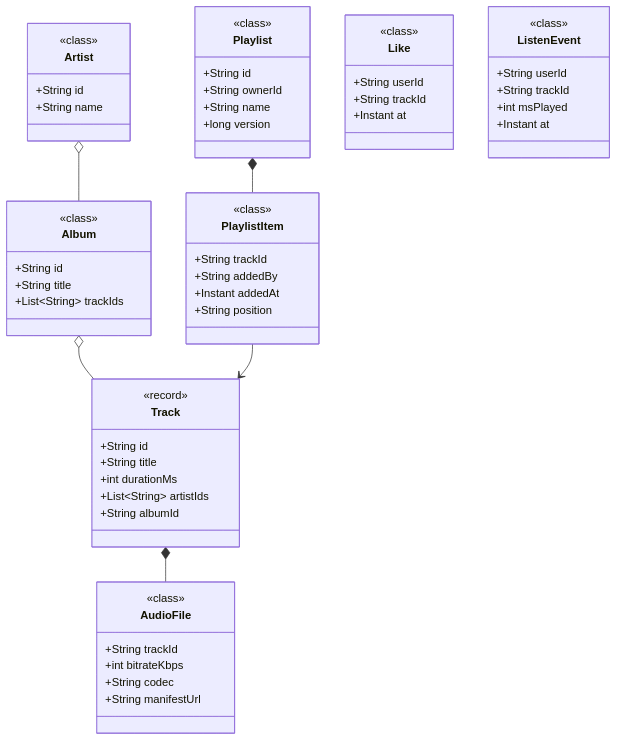
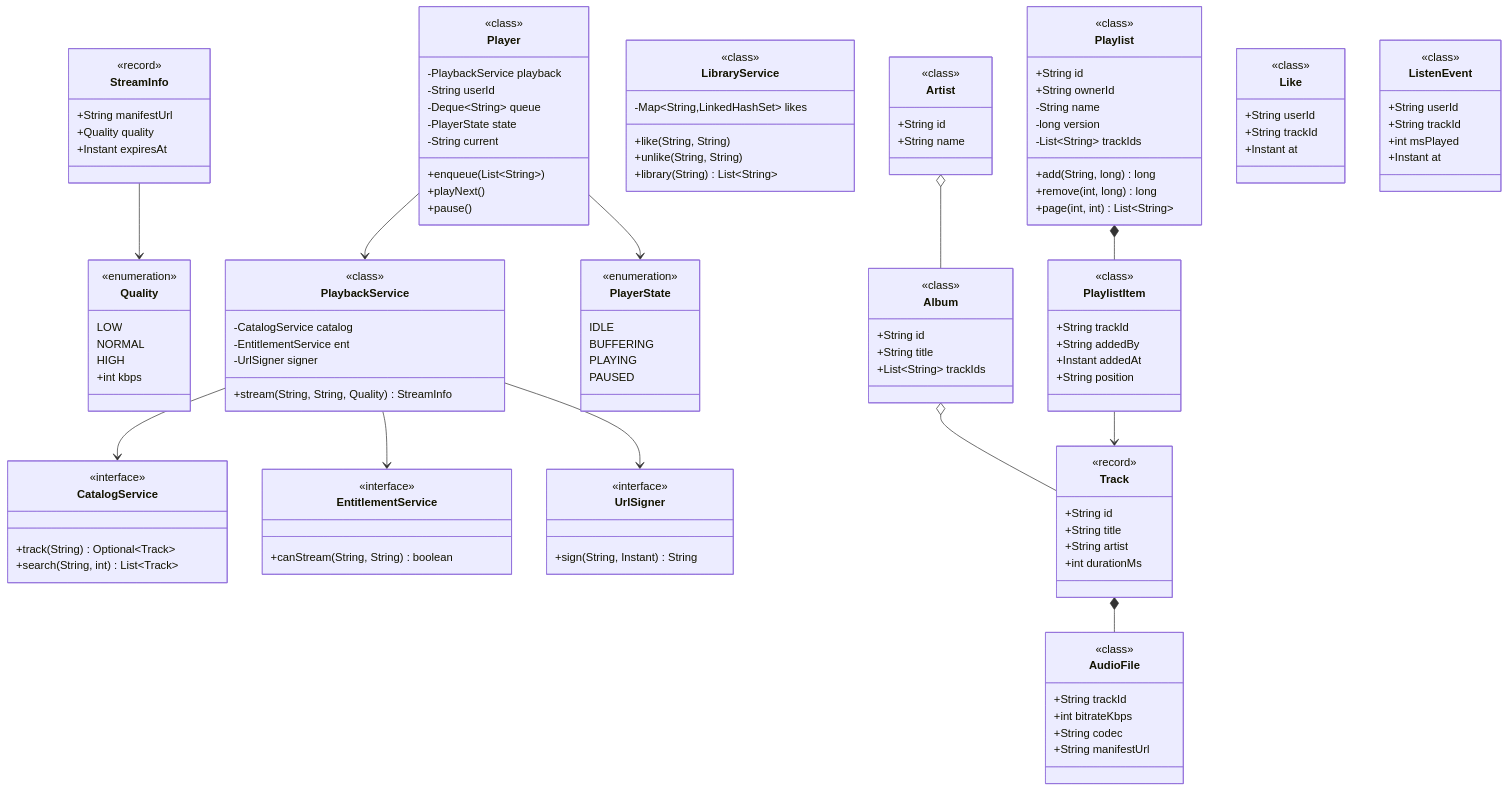
One commit to amarkum/amarkumar.guru changed the first of 2 diagrams in system-design/lld/13-music-streaming.md. Above: the diagram before and after it, drawn with Mermaid. The commit also changed 27 other files, not shown here.

Commit message:
Rebuild every UML class diagram from its Java code, add a notes progress tracker, and make diagrams readable with zoom and a legend.

````diff
--- a/system-design/lld/13-music-streaming.md
+++ b/system-design/lld/13-music-streaming.md
@@ -41,38 +41,98 @@
 ```mermaid
 classDiagram
+    class PlayerState {
+      <<enumeration>>
+      IDLE
+      BUFFERING
+      PLAYING
+      PAUSED
+    }
+    class Quality {
+      <<enumeration>>
+      LOW
+      NORMAL
+      HIGH
+      +int kbps
+    }
     class Track {
+      <<record>>
       +String id
       +String title
+      +String artist
       +int durationMs
-      +List~String~ artistIds
-      +String albumId
     }
-    class AudioFile {
-      +String trackId
-      +int bitrateKbps
-      +String codec
+    class StreamInfo {
+      <<record>>
       +String manifestUrl
+      +Quality quality
+      +Instant expiresAt
+    }
+    class CatalogService {
+      <<interface>>
+      +track(String) Optional~Track~
+      +search(String, int) List~Track~
+    }
+    class EntitlementService {
+      <<interface>>
+      +canStream(String, String) boolean
+    }
+    class UrlSigner {
+      <<interface>>
+      +sign(String, Instant) String
+    }
+    class PlaybackService {
+      <<class>>
+      -CatalogService catalog
+      -EntitlementService ent
+      -UrlSigner signer
+      +stream(String, String, Quality) StreamInfo
+    }
+    class Playlist {
+      <<class>>
+      +String id
+      +String ownerId
+      -String name
+      -long version
+      -List~String~ trackIds
+      +add(String, long) long
+      +remove(int, long) long
+      +page(int, int) List~String~
+    }
+    class LibraryService {
+      <<class>>
+      -Map~String,LinkedHashSet~ likes
+      +like(String, String)
+      +unlike(String, String)
+      +library(String) List~String~
+    }
+    class Player {
+      <<class>>
+      -PlaybackService playback
+      -String userId
+      -Deque~String~ queue
+      -PlayerState state
+      -String current
+      +enqueue(List~String~)
+      +playNext()
+      +pause()
     }
     class Album {
+      <<class>>
       +String id
       +String title
       +List~String~ trackIds
     }
     class Artist {
+      <<class>>
       +String id
       +String name
     }
-    class Playlist {
-      +String id
-      +String ownerId
-      +String name
-      +long version
-    }
-    class PlaylistItem {
+    class AudioFile {
+      <<class>>
       +String trackId
-      +String addedBy
-      +Instant addedAt
-      +String position
+      +int bitrateKbps
+      +String codec
+      +String manifestUrl
     }
     class Like {
       <<class>>
@@ -87,27 +147,22 @@
       +int msPlayed
       +Instant at
     }
+    class PlaylistItem {
+      <<class>>
+      +String trackId
+      +String addedBy
+      +Instant addedAt
+      +String position
+    }
     Track *-- AudioFile
     Album o-- Track
     Artist o-- Album
     Playlist *-- PlaylistItem
     PlaylistItem --> Track
-    class Artist {
-      <<class>>
-    }
-    class Album {
-      <<class>>
-    }
-    class Playlist {
-      <<class>>
-    }
-    class PlaylistItem {
-      <<class>>
-    }
-    class Track {
-      <<record>>
-    }
-    class AudioFile {
-      <<class>>
-    }
+    StreamInfo --> Quality
+    PlaybackService --> CatalogService
+    PlaybackService --> EntitlementService
+    PlaybackService --> UrlSigner
+    Player --> PlaybackService
+    Player --> PlayerState
 ```
````
